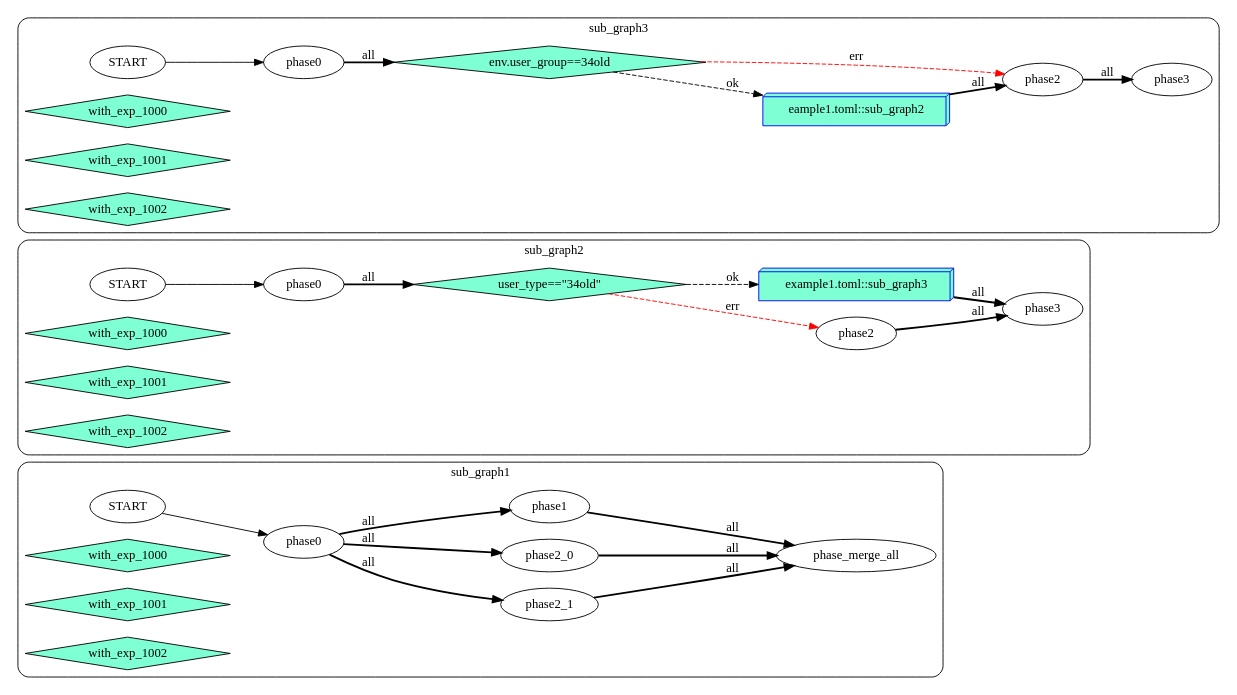
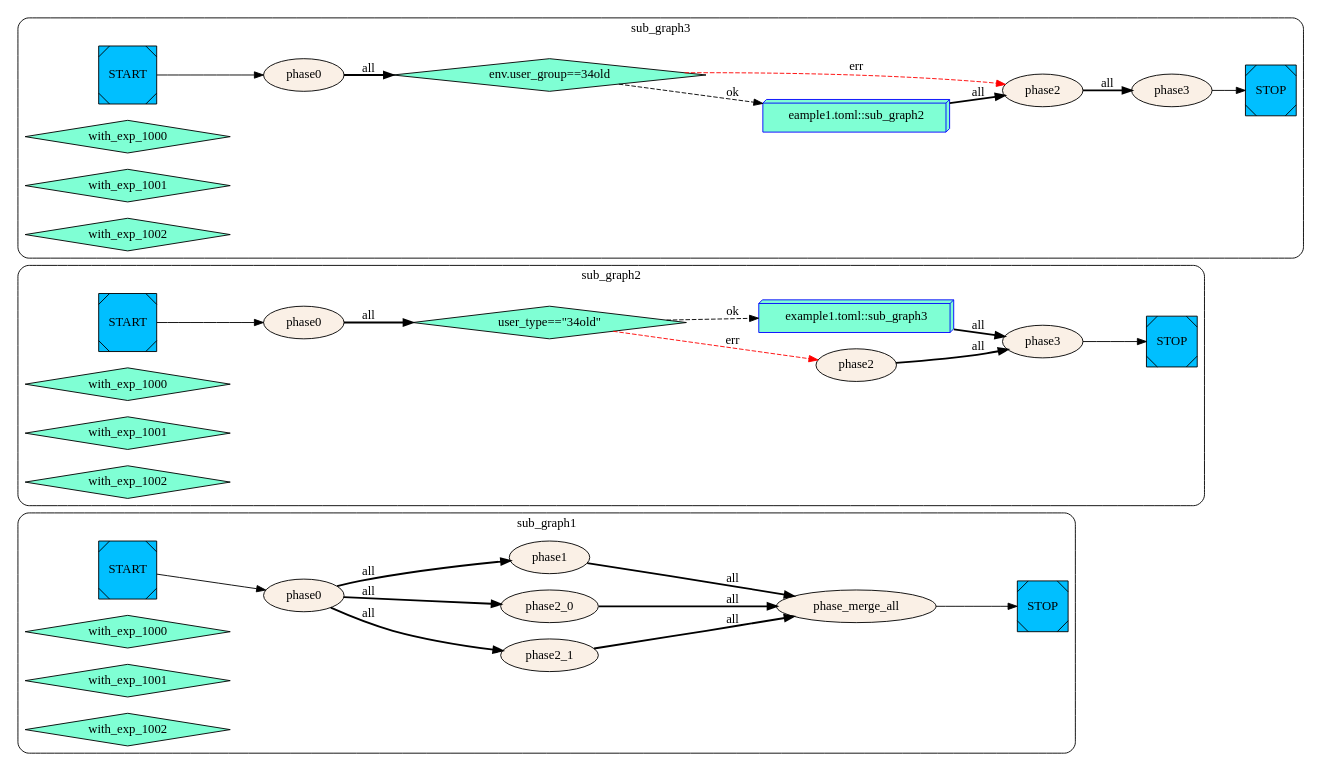
One commit to yinqiwen/myctk changed the diagram in didagle/example/example1.toml.dot. Above: the diagram before and after it, drawn with Graphviz. The commit also changed 19 other files, not shown here.

```diff
--- a/didagle/example/example1.toml.dot
+++ b/didagle/example/example1.toml.dot
@@ -1,58 +1,61 @@
 digraph G {
     rankdir=LR;
   subgraph cluster_sub_graph1{
     style = rounded;
     label = "sub_graph1";
-    sub_graph1__START__ [label="START"];
-    sub_graph1_phase2_1 [label="phase2_1"];
-    sub_graph1_phase2_0 [label="phase2_0"];
-    sub_graph1_phase_merge_all [label="phase_merge_all"];
-    sub_graph1_phase0 [label="phase0"];
-    sub_graph1_phase1 [label="phase1"];
+    sub_graph1__START__[color=black fillcolor=deepskyblue style=filled shape=Msquare label="START"];
+    sub_graph1__STOP__[color=black fillcolor=deepskyblue style=filled shape=Msquare label="STOP"];
+    sub_graph1_phase2_1 [label="phase2_1" color=black fillcolor=linen style=filled];
+    sub_graph1_phase2_0 [label="phase2_0" color=black fillcolor=linen style=filled];
+    sub_graph1_phase_merge_all [label="phase_merge_all" color=black fillcolor=linen style=filled];
+    sub_graph1_phase0 [label="phase0" color=black fillcolor=linen style=filled];
+    sub_graph1_phase1 [label="phase1" color=black fillcolor=linen style=filled];
     sub_graph1_with_exp_1000 [label="with_exp_1000" shape=diamond color=black fillcolor=aquamarine style=filled];
     sub_graph1_with_exp_1001 [label="with_exp_1001" shape=diamond color=black fillcolor=aquamarine style=filled];
     sub_graph1_with_exp_1002 [label="with_exp_1002" shape=diamond color=black fillcolor=aquamarine style=filled];
     sub_graph1_phase0 -> sub_graph1_phase2_1 [style=bold label="all"];
     sub_graph1_phase0 -> sub_graph1_phase2_0 [style=bold label="all"];
-    sub_graph1_phase2_1 -> sub_graph1_phase_merge_all [style=bold label="all"];
+    sub_graph1_phase_merge_all -> sub_graph1__STOP__    sub_graph1_phase2_1 -> sub_graph1_phase_merge_all [style=bold label="all"];
     sub_graph1_phase1 -> sub_graph1_phase_merge_all [style=bold label="all"];
     sub_graph1_phase2_0 -> sub_graph1_phase_merge_all [style=bold label="all"];
     sub_graph1__START__ -> sub_graph1_phase0    sub_graph1_phase0 -> sub_graph1_phase1 [style=bold label="all"];
 };
   subgraph cluster_sub_graph2{
     style = rounded;
     label = "sub_graph2";
-    sub_graph2__START__ [label="START"];
-    sub_graph2_phase0 [label="phase0"];
-    sub_graph2_phase3 [label="phase3"];
-    sub_graph2_phase2 [label="phase2"];
+    sub_graph2__START__[color=black fillcolor=deepskyblue style=filled shape=Msquare label="START"];
+    sub_graph2__STOP__[color=black fillcolor=deepskyblue style=filled shape=Msquare label="STOP"];
+    sub_graph2_phase0 [label="phase0" color=black fillcolor=linen style=filled];
+    sub_graph2_phase3 [label="phase3" color=black fillcolor=linen style=filled];
+    sub_graph2_phase2 [label="phase2" color=black fillcolor=linen style=filled];
     sub_graph2_subgraph_invoke [label="example1.toml::sub_graph3" shape=box3d, color=blue fillcolor=aquamarine style=filled];
     sub_graph2_test_34old [label="user_type==\"34old\"" shape=diamond color=black fillcolor=aquamarine style=filled];
     sub_graph2_with_exp_1000 [label="with_exp_1000" shape=diamond color=black fillcolor=aquamarine style=filled];
     sub_graph2_with_exp_1001 [label="with_exp_1001" shape=diamond color=black fillcolor=aquamarine style=filled];
     sub_graph2_with_exp_1002 [label="with_exp_1002" shape=diamond color=black fillcolor=aquamarine style=filled];
-    sub_graph2__START__ -> sub_graph2_phase0    sub_graph2_subgraph_invoke -> sub_graph2_phase3 [style=bold label="all"];
+    sub_graph2__START__ -> sub_graph2_phase0    sub_graph2_phase3 -> sub_graph2__STOP__    sub_graph2_subgraph_invoke -> sub_graph2_phase3 [style=bold label="all"];
     sub_graph2_phase2 -> sub_graph2_phase3 [style=bold label="all"];
     sub_graph2_test_34old -> sub_graph2_phase2 [style=dashed color=red label="err"];
     sub_graph2_test_34old -> sub_graph2_subgraph_invoke [style=dashed label="ok"];
     sub_graph2_phase0 -> sub_graph2_test_34old [style=bold label="all"];
 };
   subgraph cluster_sub_graph3{
     style = rounded;
     label = "sub_graph3";
-    sub_graph3__START__ [label="START"];
+    sub_graph3__START__[color=black fillcolor=deepskyblue style=filled shape=Msquare label="START"];
+    sub_graph3__STOP__[color=black fillcolor=deepskyblue style=filled shape=Msquare label="STOP"];
     sub_graph3_sub_graph2 [label="eample1.toml::sub_graph2" shape=box3d, color=blue fillcolor=aquamarine style=filled];
-    sub_graph3_phase0 [label="phase0"];
-    sub_graph3_phase3 [label="phase3"];
-    sub_graph3_phase2 [label="phase2"];
+    sub_graph3_phase0 [label="phase0" color=black fillcolor=linen style=filled];
+    sub_graph3_phase3 [label="phase3" color=black fillcolor=linen style=filled];
+    sub_graph3_phase2 [label="phase2" color=black fillcolor=linen style=filled];
     sub_graph3_test_34old [label="env.user_group==34old" shape=diamond color=black fillcolor=aquamarine style=filled];
     sub_graph3_with_exp_1000 [label="with_exp_1000" shape=diamond color=black fillcolor=aquamarine style=filled];
     sub_graph3_with_exp_1001 [label="with_exp_1001" shape=diamond color=black fillcolor=aquamarine style=filled];
     sub_graph3_with_exp_1002 [label="with_exp_1002" shape=diamond color=black fillcolor=aquamarine style=filled];
     sub_graph3_test_34old -> sub_graph3_sub_graph2 [style=dashed label="ok"];
-    sub_graph3__START__ -> sub_graph3_phase0    sub_graph3_phase2 -> sub_graph3_phase3 [style=bold label="all"];
+    sub_graph3__START__ -> sub_graph3_phase0    sub_graph3_phase3 -> sub_graph3__STOP__    sub_graph3_phase2 -> sub_graph3_phase3 [style=bold label="all"];
     sub_graph3_sub_graph2 -> sub_graph3_phase2 [style=bold label="all"];
     sub_graph3_test_34old -> sub_graph3_phase2 [style=dashed color=red label="err"];
     sub_graph3_phase0 -> sub_graph3_test_34old [style=bold label="all"];
 };
 }
```
